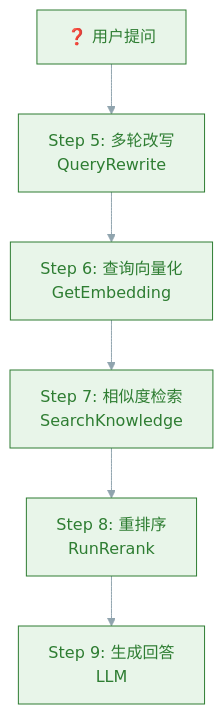
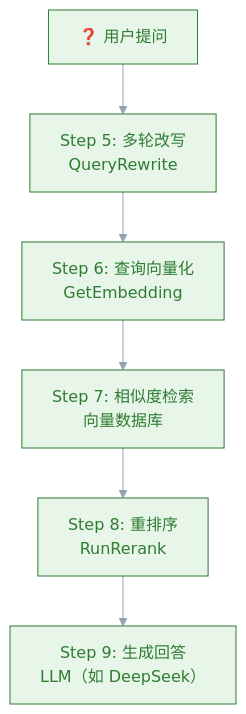
The second of 3 diagrams in content/posts/ai-knowledge-base-rag-tencent-cloud-openviking.md (tanteng/blog), drawn with Mermaid before and after one commit. The commit also changed other lines of this file, not shown here.

````diff
--- a/content/posts/ai-knowledge-base-rag-tencent-cloud-openviking.md
+++ b/content/posts/ai-knowledge-base-rag-tencent-cloud-openviking.md
@@ -61,9 +115,9 @@
 ```mermaid
 %%{init: {'theme': 'base', 'themeVariables': {'primaryColor': '#e8f5e9', 'primaryTextColor': '#2e7d32', 'primaryBorderColor': '#2e7d32', 'lineColor': '#90a4ae', 'secondaryColor': '#f5f5f5', 'tertiaryColor': '#fff9c4'}}}%%
 flowchart TD
     A["❓ 用户提问"] --> B["Step 5: 多轮改写<br/>QueryRewrite"]
     B --> C["Step 6: 查询向量化<br/>GetEmbedding"]
-    C --> D["Step 7: 相似度检索<br/>SearchKnowledge"]
+    C --> D["Step 7: 相似度检索<br/>向量数据库"]
     D --> E["Step 8: 重排序<br/>RunRerank"]
-    E --> F["Step 9: 生成回答<br/>LLM"]
+    E --> F["Step 9: 生成回答<br/>LLM（如 DeepSeek）"]
 ```
````
